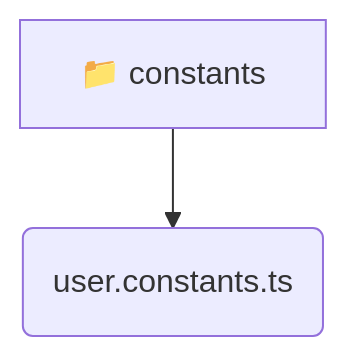
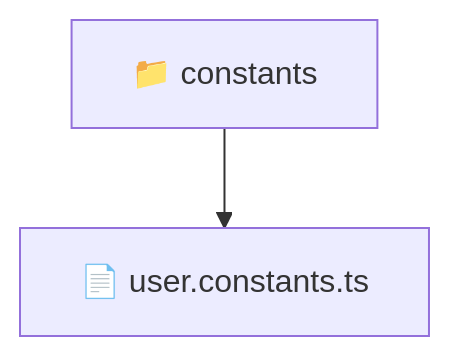
The diagram in frontend/src/entities/user/constants/README.md (beginwebdev2002/fullstack-mavluda), drawn with Mermaid before and after one commit. The commit also changed other lines of this file and 163 other files, not shown here.

````diff
--- a/frontend/src/entities/user/constants/README.md
+++ b/frontend/src/entities/user/constants/README.md
@@ -11,5 +10,5 @@
 ```mermaid
 graph TD
-  constants[📁 constants]
-  constants --> constants_user_constants_ts(user.constants.ts)
+  Root["📁 constants"]
+  Root --> userconstantsts["📄 user.constants.ts"]
 ```
````
